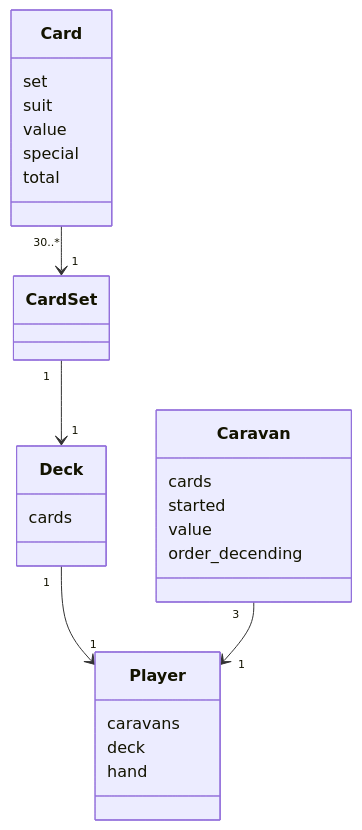
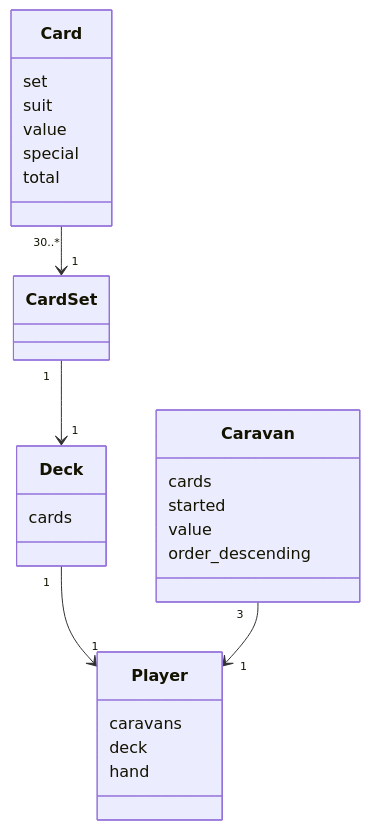
The first of 2 diagrams in caravan/dokumentaatio/arkkitehtuuri.md (Wincewind/ot-harjoitustyo), drawn with Mermaid before and after one commit. The commit also changed 9 other files, not shown here.

````diff
--- a/caravan/dokumentaatio/arkkitehtuuri.md
+++ b/caravan/dokumentaatio/arkkitehtuuri.md
@@ -7,30 +7,30 @@
 ```mermaid
  classDiagram
       Card "30..*" --> "1" CardSet
       CardSet "1" --> "1" Deck
       Deck "1" --> "1" Player
       Caravan "3" --> "1" Player
       class Card{
           set
           suit
           value
           special
           total
       }
       class CardSet{
       }
       class Deck{
           cards
       }
       class Player{
           caravans
           deck
           hand
       }
       class Caravan{
           cards
           started
           value
-          order_decending
+          order_descending
       }
 ```
````
